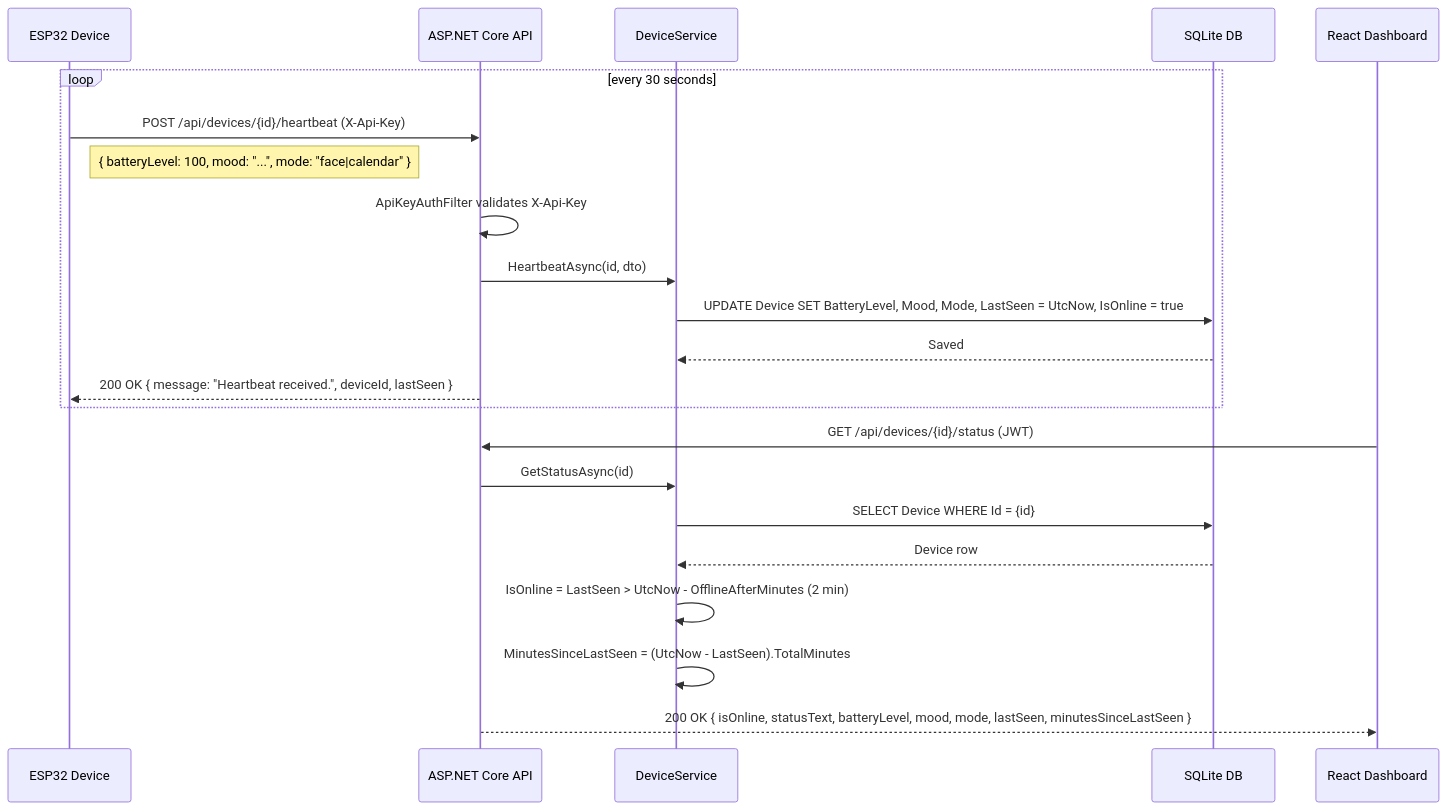
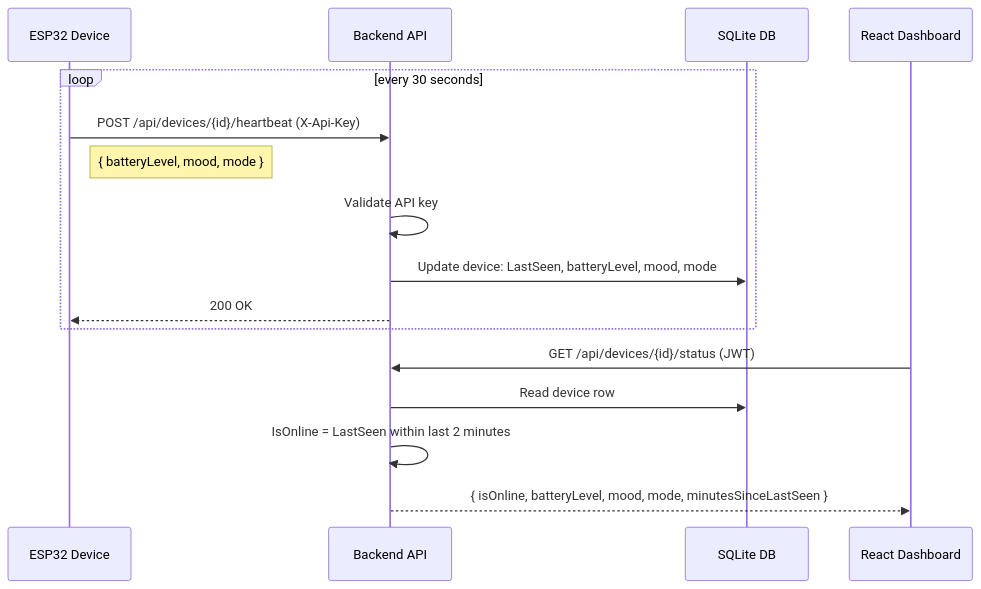
Before and after one commit to venu21-dev/deskbuddy-system: the third of 3 diagrams in docs/sequence-calendar.md, drawn with Mermaid. The commit also changed other lines of this file, not shown here.

Commit message:
docs: update sequence diagram

````diff
--- a/docs/sequence-calendar.md
+++ b/docs/sequence-calendar.md
@@ -98,26 +61,20 @@
 ```mermaid
 sequenceDiagram
     participant ESP32 as ESP32 Device
-    participant API as ASP.NET Core API
-    participant DS as DeviceService
+    participant API as Backend API
     participant DB as SQLite DB
-    participant REACT as React Dashboard
+    participant React as React Dashboard
 
     loop every 30 seconds
         ESP32->>API: POST /api/devices/{id}/heartbeat (X-Api-Key)
-        Note right of ESP32: { batteryLevel: 100, mood: "...", mode: "face|calendar" }
-        API->>API: ApiKeyAuthFilter validates X-Api-Key
-        API->>DS: HeartbeatAsync(id, dto)
-        DS->>DB: UPDATE Device SET BatteryLevel, Mood, Mode, LastSeen = UtcNow, IsOnline = true
-        DB-->>DS: Saved
-        API-->>ESP32: 200 OK { message: "Heartbeat received.", deviceId, lastSeen }
+        Note right of ESP32: { batteryLevel, mood, mode }
+        API->>API: Validate API key
+        API->>DB: Update device: LastSeen, batteryLevel, mood, mode
+        API-->>ESP32: 200 OK
     end
 
-    REACT->>API: GET /api/devices/{id}/status (JWT)
-    API->>DS: GetStatusAsync(id)
-    DS->>DB: SELECT Device WHERE Id = {id}
-    DB-->>DS: Device row
-    DS->>DS: IsOnline = LastSeen > UtcNow - OfflineAfterMinutes (2 min)
-    DS->>DS: MinutesSinceLastSeen = (UtcNow - LastSeen).TotalMinutes
-    API-->>REACT: 200 OK { isOnline, statusText, batteryLevel, mood, mode, lastSeen, minutesSinceLastSeen }
+    React->>API: GET /api/devices/{id}/status (JWT)
+    API->>DB: Read device row
+    API->>API: IsOnline = LastSeen within last 2 minutes
+    API-->>React: { isOnline, batteryLevel, mood, mode, minutesSinceLastSeen }
 ```
````
